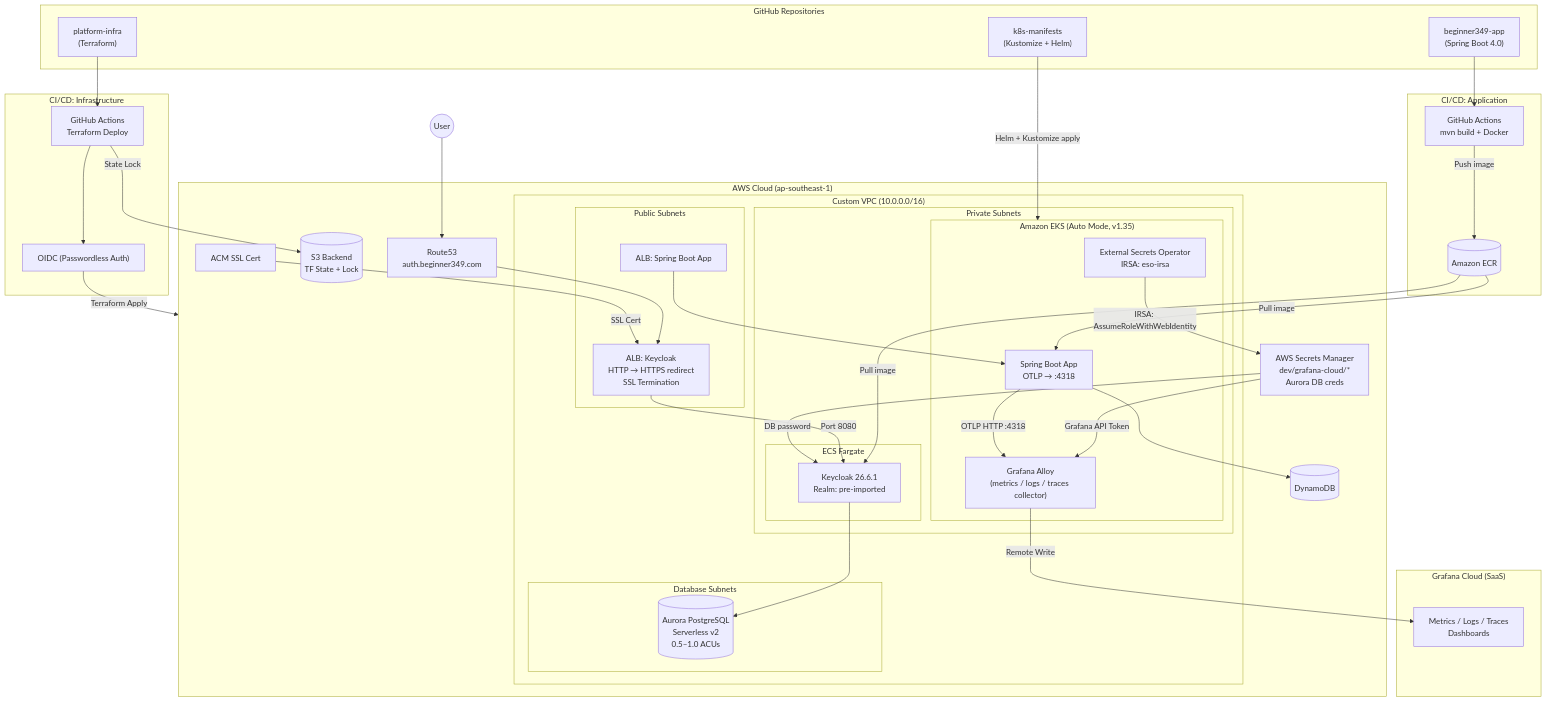
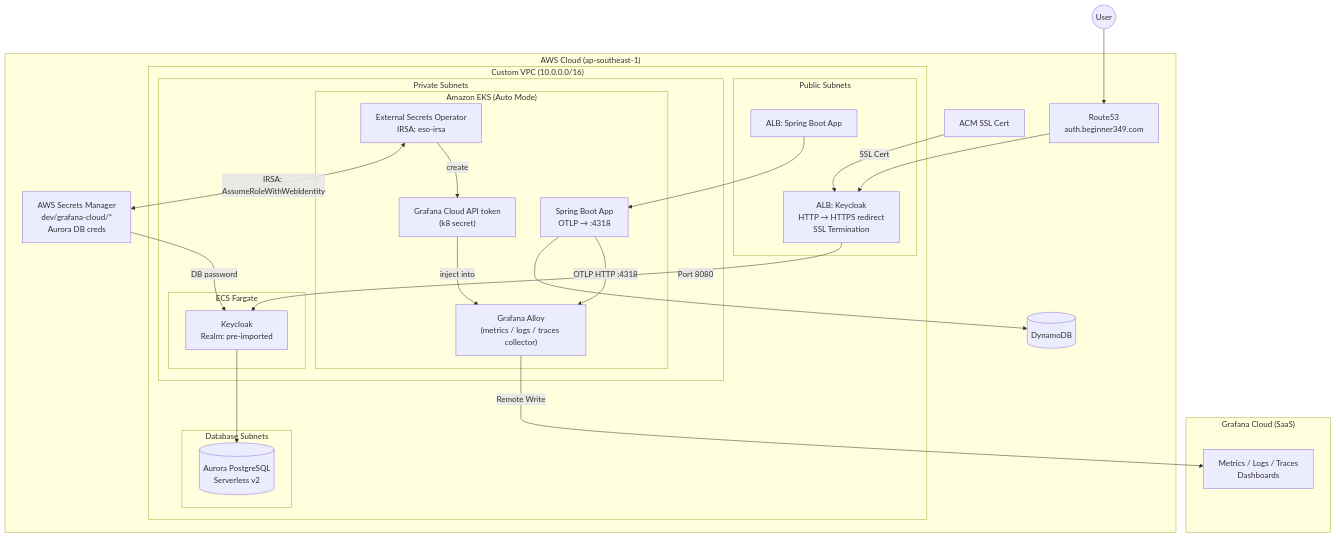
One commit to beginner349/platform-infra changed the second of 2 diagrams in README.md. Above: the diagram before and after it, drawn with Mermaid. The commit also changed other lines of this file, not shown here.

Commit message:
Revise mermaid diagrams in README
Updated mermaid diagrams for project architecture to improve clarity and consistency.

````diff
--- a/README.md
+++ b/README.md
@@ -29,87 +65,59 @@
-  ```mermaid
-  flowchart TD
-    subgraph Repos ["GitHub Repositories"]
-      repo_infra["platform-infra\n(Terraform)"]
-      repo_app["beginner349-app\n(Spring Boot 4.0)"]
-      repo_k8s["k8s-manifests\n(Kustomize + Helm)"]
-    end
+```mermaid
+flowchart TD
+  subgraph Grafana_Cloud ["Grafana Cloud (SaaS)"]
+    grafana["Metrics / Logs / Traces\nDashboards"]
+  end
 
-    subgraph CI_CD_App ["CI/CD: Application"]
-      gha_app["GitHub Actions\nmvn build + Docker"]
-      ecr[("Amazon ECR")]
-    end
+  subgraph AWS_Cloud ["AWS Cloud (ap-southeast-1)"]
+    secrets_mgr["AWS Secrets Manager\ndev/grafana-cloud/*\nAurora DB creds"]
+    dynamodb[("DynamoDB")]      
+    route53["Route53\nauth.beginner349.com"]
+    acm["ACM SSL Cert"]
 
-    subgraph CI_CD_Infra ["CI/CD: Infrastructure"]
-      gha_tf["GitHub Actions\nTerraform Deploy"]
-      oidc_tf["OIDC (Passwordless Auth)"]
-    end
+    subgraph VPC ["Custom VPC (10.0.0.0/16)"]
+      subgraph Public ["Public Subnets"]
+        alb_kc["ALB: Keycloak\nHTTP → HTTPS redirect\nSSL Termination"]
+        alb_app["ALB: Spring Boot App"]
+      end
 
-    subgraph Grafana_Cloud ["Grafana Cloud (SaaS)"]
-      grafana["Metrics / Logs / Traces\nDashboards"]
-    end
-
-    subgraph AWS_Cloud ["AWS Cloud (ap-southeast-1)"]
-      secrets_mgr["AWS Secrets Manager\ndev/grafana-cloud/*\nAurora DB creds"]
-      dynamodb[("DynamoDB")]
-      s3[("S3 Backend\nTF State + Lock")]
-      route53["Route53\nauth.beginner349.com"]
-      acm["ACM SSL Cert"]
-
-      subgraph VPC ["Custom VPC (10.0.0.0/16)"]
-        subgraph Public ["Public Subnets"]
-          alb_kc["ALB: Keycloak\nHTTP → HTTPS redirect\nSSL Termination"]
-          alb_app["ALB: Spring Boot App"]
+      subgraph Private ["Private Subnets"]
+        subgraph EKS ["Amazon EKS (Auto Mode)"]
+          spring_boot["Spring Boot App\nOTLP → :4318"]
+          eso["External Secrets Operator\nIRSA: eso-irsa"]
+          alloy["Grafana Alloy\n(metrics / logs / traces collector)"]
+          alloy_grafana_credentials["Grafana Cloud API token\n(k8 secret)"]
         end
 
-        subgraph Private ["Private Subnets"]
-          subgraph EKS ["Amazon EKS (Auto Mode, v1.35)"]
-            spring_boot["Spring Boot App\nOTLP → :4318"]
-            eso["External Secrets Operator\nIRSA: eso-irsa"]
-            alloy["Grafana Alloy\n(metrics / logs / traces collector)"]
-          end
-
-          subgraph ECS ["ECS Fargate"]
-            keycloak["Keycloak 26.6.1\nRealm: pre-imported"]
-          end
-        end
-
-        subgraph DB ["Database Subnets"]
-          aurora[("Aurora PostgreSQL\nServerless v2\n0.5–1.0 ACUs")]
+        subgraph ECS ["ECS Fargate"]
+          keycloak["Keycloak\nRealm: pre-imported"]
         end
       end
+
+      subgraph DB ["Database Subnets"]
+        aurora[("Aurora PostgreSQL\nServerless v2")]
+      end
     end
+  end
   
-    %% Infra CI/CD
-    repo_infra --> gha_tf --> oidc_tf
-    oidc_tf -- "Terraform Apply" --> AWS_Cloud
-    gha_tf -- "State Lock" --> s3
+  %% User traffic
+  User((User)) --> route53
+  route53 --> alb_kc
+  acm -- "SSL Cert" --> alb_kc
+  alb_kc -- "Port 8080" --> keycloak
+  alb_app --> spring_boot
 
-    %% App CI/CD
-    repo_app --> gha_app
-    gha_app -- "Push image" --> ecr
-    ecr -- "Pull image" --> spring_boot
-    ecr -- "Pull image" --> keycloak
+  %% Data persistence
+  keycloak --> aurora
+  spring_boot --> dynamodb
+  secrets_mgr -- "DB password" --> keycloak
 
-    %% K8s deploy
-    repo_k8s -- "Helm + Kustomize apply" --> EKS
+  %% Secrets flow (ESO)
+  eso -- "IRSA: AssumeRoleWithWebIdentity" <--> secrets_mgr
+  eso -- "create" --> alloy_grafana_credentials
+  alloy_grafana_credentials -- "inject into" --> alloy
 
-    %% User traffic
-    User((User)) --> route53
-    route53 --> alb_kc
-    acm -- "SSL Cert" --> alb_kc
-    alb_kc -- "Port 8080" --> keycloak
-    alb_app --> spring_boot
+  %% Observability pipeline
+  spring_boot -- "OTLP HTTP :4318" --> alloy
+  alloy -- "Remote Write" --> grafana
 
-    %% Data persistence
-    keycloak --> aurora
-    spring_boot --> dynamodb
-    secrets_mgr -- "DB password" --> keycloak
-
-    %% Secrets flow (ESO)
-    eso -- "IRSA: AssumeRoleWithWebIdentity" --> secrets_mgr
-    secrets_mgr -- "Grafana API Token" --> alloy
-
-    %% Observability pipeline
-    spring_boot -- "OTLP HTTP :4318" --> alloy
-    alloy -- "Remote Write" --> grafana
-  ```
+```
````
